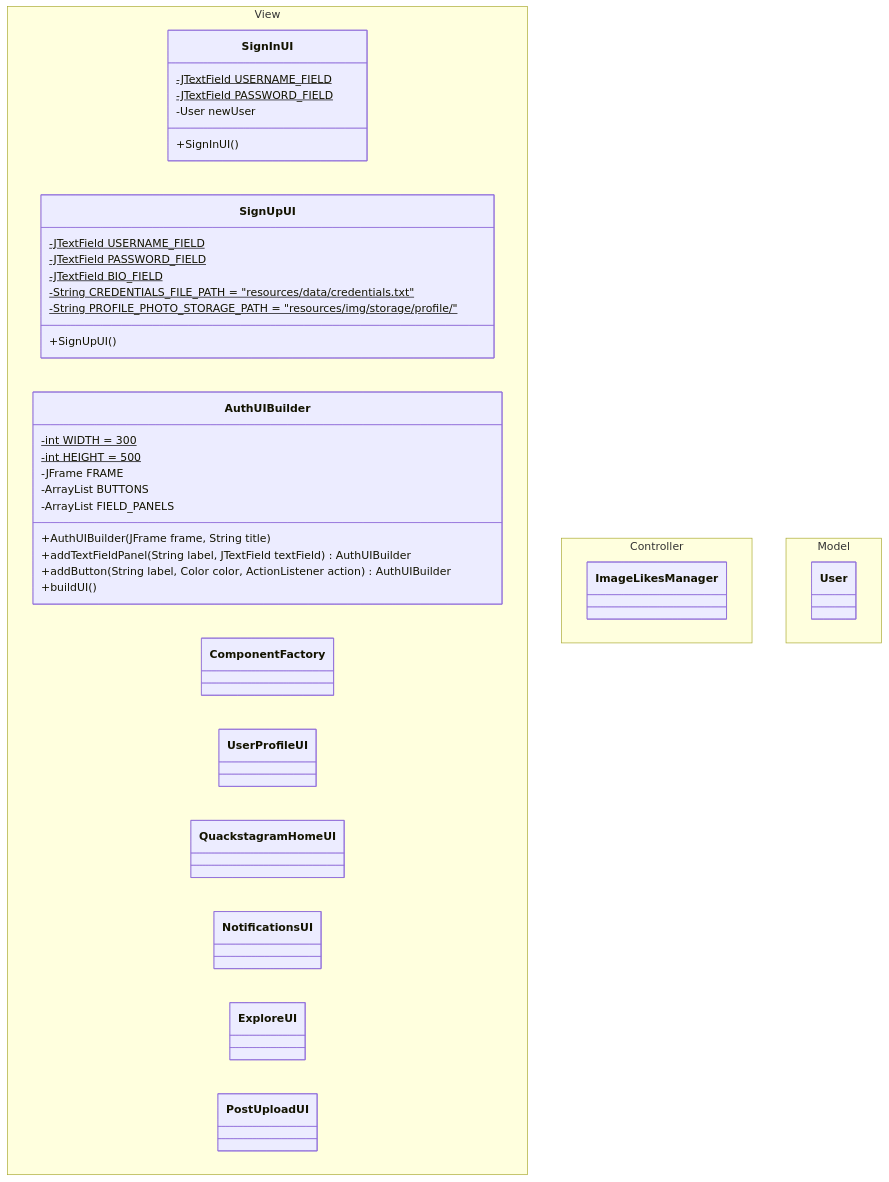
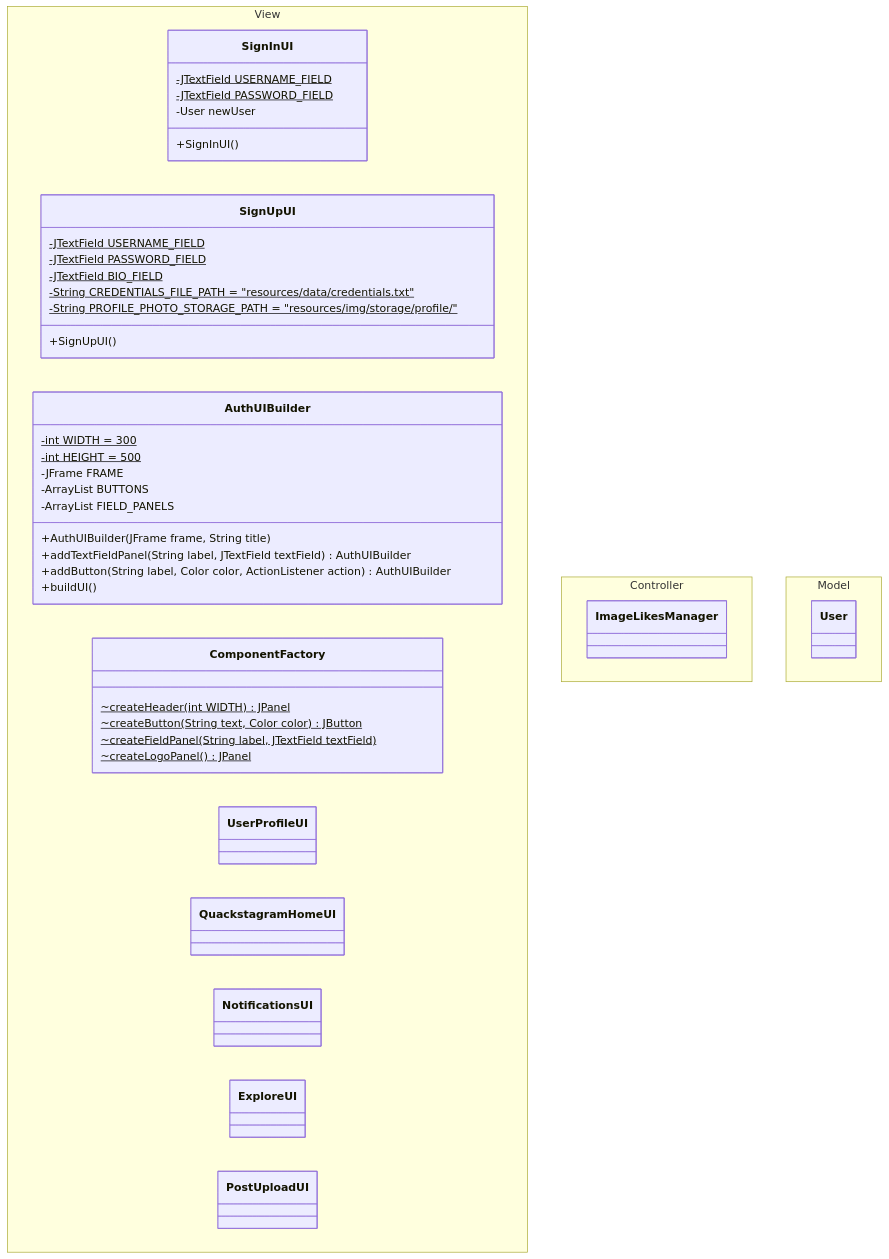
One commit to aconCS/Quackstagram changed the diagram in ClassDiagramRefactoredCode.md. Above: the diagram before and after it, drawn with Mermaid.

Commit message:
Update ClassDiagramRefactoredCode.md
Added ComponentFactory (excl. relationship with other classes)

````diff
--- a/ClassDiagramRefactoredCode.md
+++ b/ClassDiagramRefactoredCode.md
@@ -1,53 +1,60 @@
 ```mermaid
 classDiagram
 
 namespace View{
 class SignInUI
 class SignUpUI
 class AuthUIBuilder
 class ComponentFactory
 
 class UserProfileUI
 class QuackstagramHomeUI
 class NotificationsUI
 class ExploreUI
 class PostUploadUI
 }
 
 namespace Controller{
 class ImageLikesManager
 }
 
 namespace Model{
 class User
 }
 
 class SignInUI{
 -JTextField USERNAME_FIELD$
 -JTextField PASSWORD_FIELD$
 -User newUser
 +SignInUI()
 }
 
 class SignUpUI{
 -JTextField USERNAME_FIELD$
 -JTextField PASSWORD_FIELD$
 -JTextField BIO_FIELD$
 -String CREDENTIALS_FILE_PATH = "resources/data/credentials.txt"$
 -String PROFILE_PHOTO_STORAGE_PATH = "resources/img/storage/profile/"$
 +SignUpUI()
 }
 
 class AuthUIBuilder{
 -int WIDTH = 300$
 -int HEIGHT = 500$
 -JFrame FRAME
 -ArrayList<JButton> BUTTONS
 -ArrayList<JPanel> FIELD_PANELS
 +AuthUIBuilder(JFrame frame, String title)
 +addTextFieldPanel(String label, JTextField textField) AuthUIBuilder
 +addButton(String label, Color color, ActionListener action) AuthUIBuilder
 +buildUI()
 }
 
+class ComponentFactory{
+~createHeader(int WIDTH) JPanel$
+~createButton(String text, Color color) JButton$
+~createFieldPanel(String label, JTextField textField)$
+~createLogoPanel() JPanel$
+}
+
 ```
````
